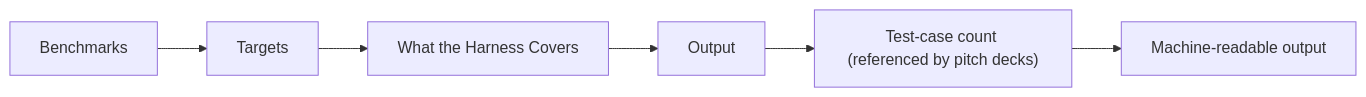
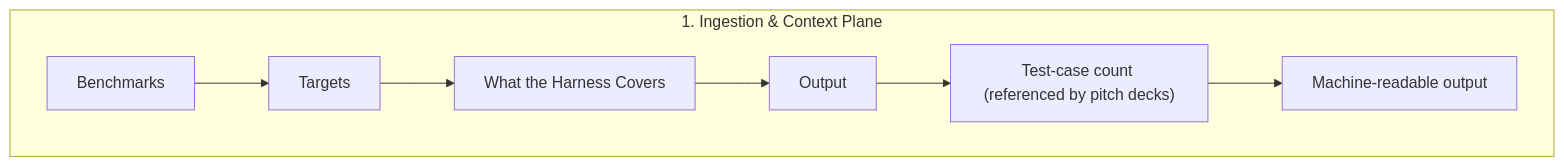
The diagram in docs/BENCHMARKS.md (Mindburn-Labs/helm-ai-kernel), drawn with Mermaid before and after one commit. The commit also changed other lines of this file and 330 other files, not shown here.

````diff
--- a/docs/BENCHMARKS.md
+++ b/docs/BENCHMARKS.md
@@ -37,14 +37,20 @@
 ```mermaid
-flowchart LR
-  Page["Benchmarks"]
-  A["Targets"]
-  B["What the Harness Covers"]
-  C["Output"]
-  D["Test-case count (referenced by pitch decks)"]
-  E["Machine-readable output"]
-  Page --> A
-  A --> B
-  B --> C
-  C --> D
-  D --> E
+flowchart TD
+    subgraph Ingestion["1. Ingestion & Context Plane"]
+        Page["Benchmarks"]
+        A["Targets"]
+        B["What the Harness Covers"]
+        C["Output"]
+        D["Test-case count (referenced by pitch decks)"]
+        E["Machine-readable output"]
+    end
+
+    %% Operational Flow Edges
+    Page --> A
+    A --> B
+    B --> C
+    C --> D
+    D --> E
+
+    %% Premium Styling Rules
 ```
````
